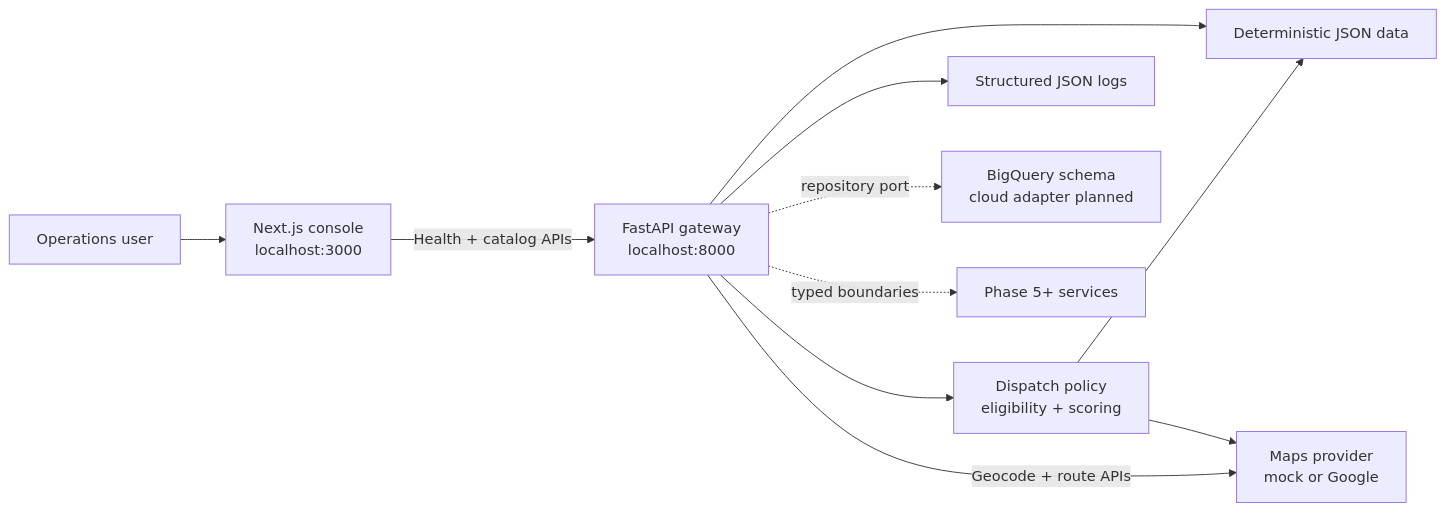
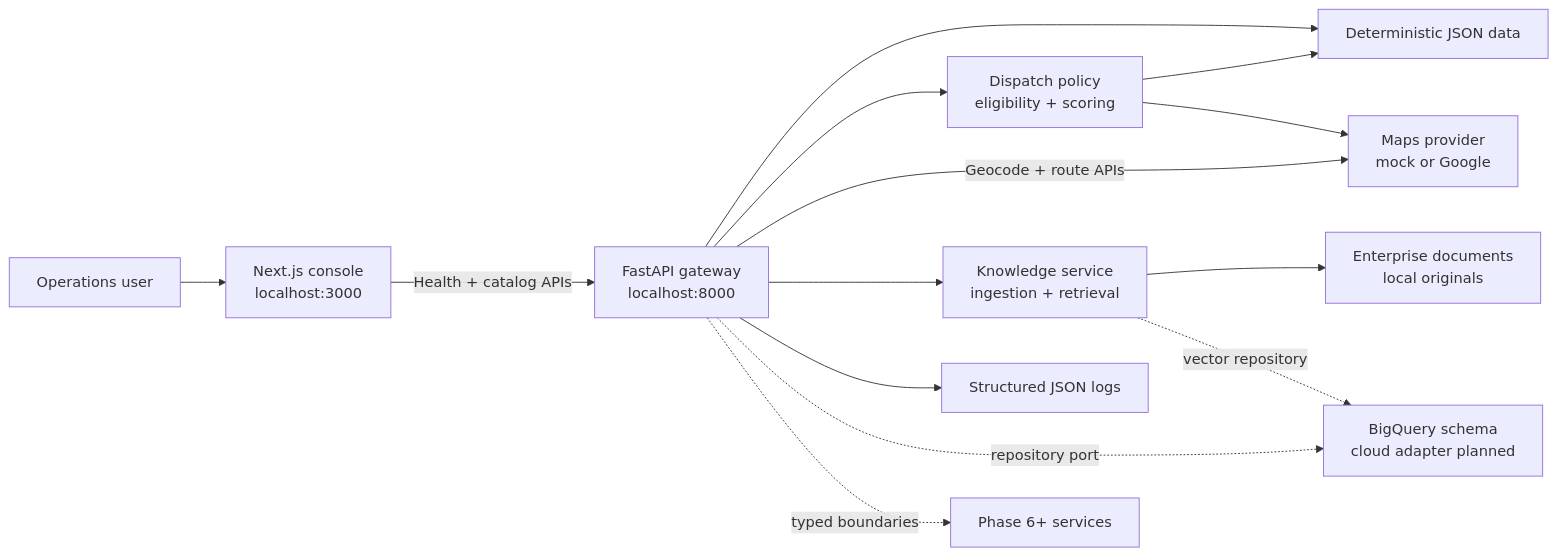
The diagram in README.md (cr7yash/geoops-ai), drawn with Mermaid before and after one commit. The commit also changed other lines of this file and 41 other files, not shown here.

Commit message:
feat: add cited knowledge retrieval

````diff
--- a/README.md
+++ b/README.md
@@ -30,24 +33,30 @@
 ```mermaid
 flowchart LR
     USER[Operations user]
     WEB[Next.js console<br/>localhost:3000]
     API[FastAPI gateway<br/>localhost:8000]
     DISPATCH[Dispatch policy<br/>eligibility + scoring]
     MAPS[Maps provider<br/>mock or Google]
+    KNOWLEDGE[Knowledge service<br/>ingestion + retrieval]
+    DOCS[Enterprise documents<br/>local originals]
     LOCAL[Deterministic JSON data]
     LOGS[Structured JSON logs]
     BQ[BigQuery schema<br/>cloud adapter planned]
 
     USER --> WEB
     WEB -->|Health + catalog APIs| API
     API --> LOCAL
     API --> DISPATCH
     DISPATCH --> LOCAL
     DISPATCH --> MAPS
     API -->|Geocode + route APIs| MAPS
+    API --> KNOWLEDGE
+    KNOWLEDGE --> DOCS
     API --> LOGS
     API -. repository port .-> BQ
 
-    FUTURE[Phase 5+ services]
+    KNOWLEDGE -. vector repository .-> BQ
+
+    FUTURE[Phase 6+ services]
     API -. typed boundaries .-> FUTURE
 ```
````
